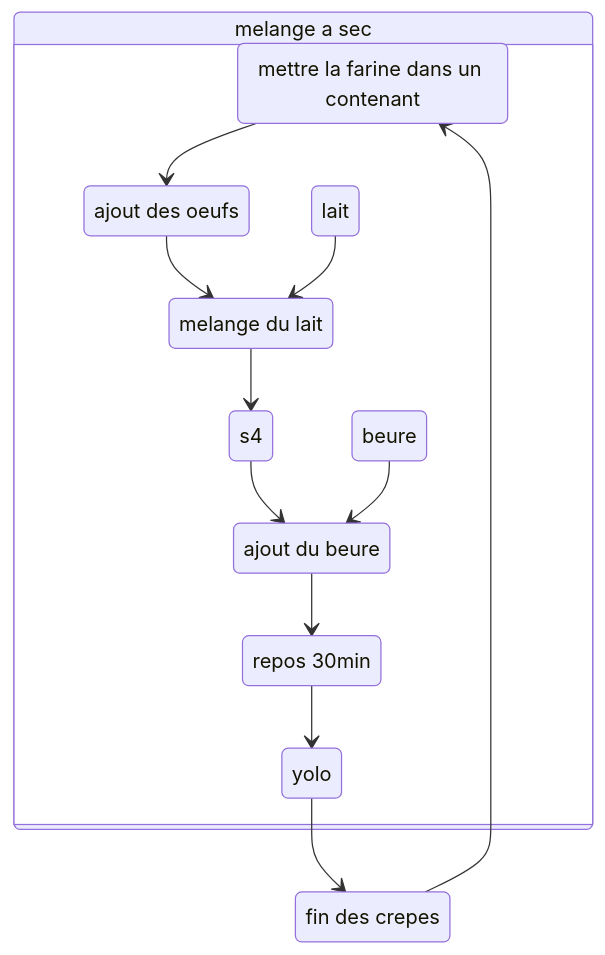
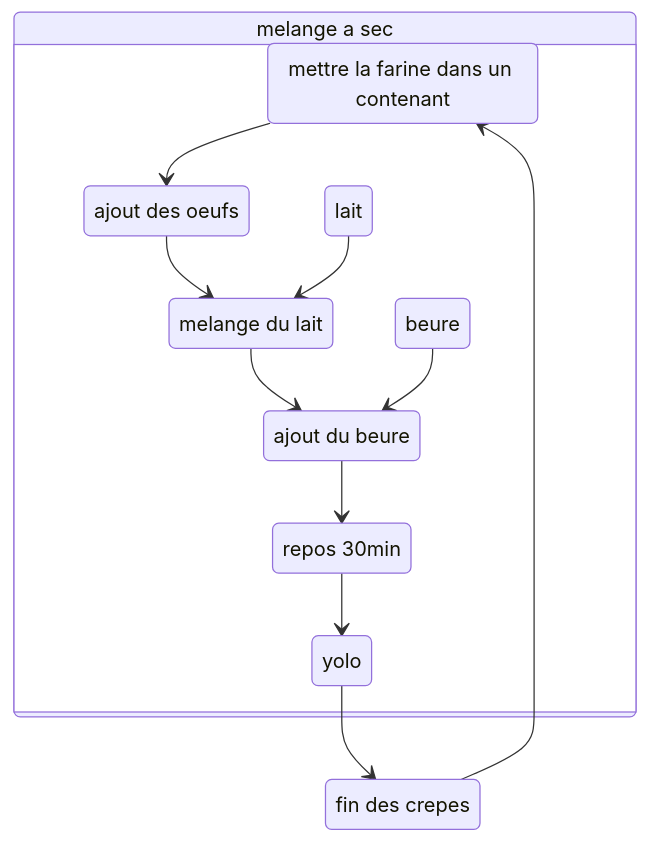
Before and after one commit to Enkio/exo_markdown: the diagram in exoMarkdown.md, drawn with Mermaid.

````diff
--- a/exoMarkdown.md
+++ b/exoMarkdown.md
@@ -12,29 +12,28 @@
 ```mermaid
  stateDiagram-v2
 
     state "mettre la farine dans un contenant" as s1   
     state "ajout des oeufs" as s2
     state "lait" as e1
     state "melange du lait" as s3
     state "beure" as e2
     state "ajout du beure" as s5
     state "repos 30min" as s6
     state "yolo" as yolo
     state "melange a sec" as b1
     state "fin des crepes" as s7
 
     state b1 {
         s1 --> s2
         s2 --> s3
-        s3 --> s4
-        s4 --> s5
+        s3 --> s5
         s5 --> s6
         s6 --> yolo
         e1 -->s3
         e2 --> s5
     }
     yolo --> s7
     s7 --> s1
 
 
 ```
````
